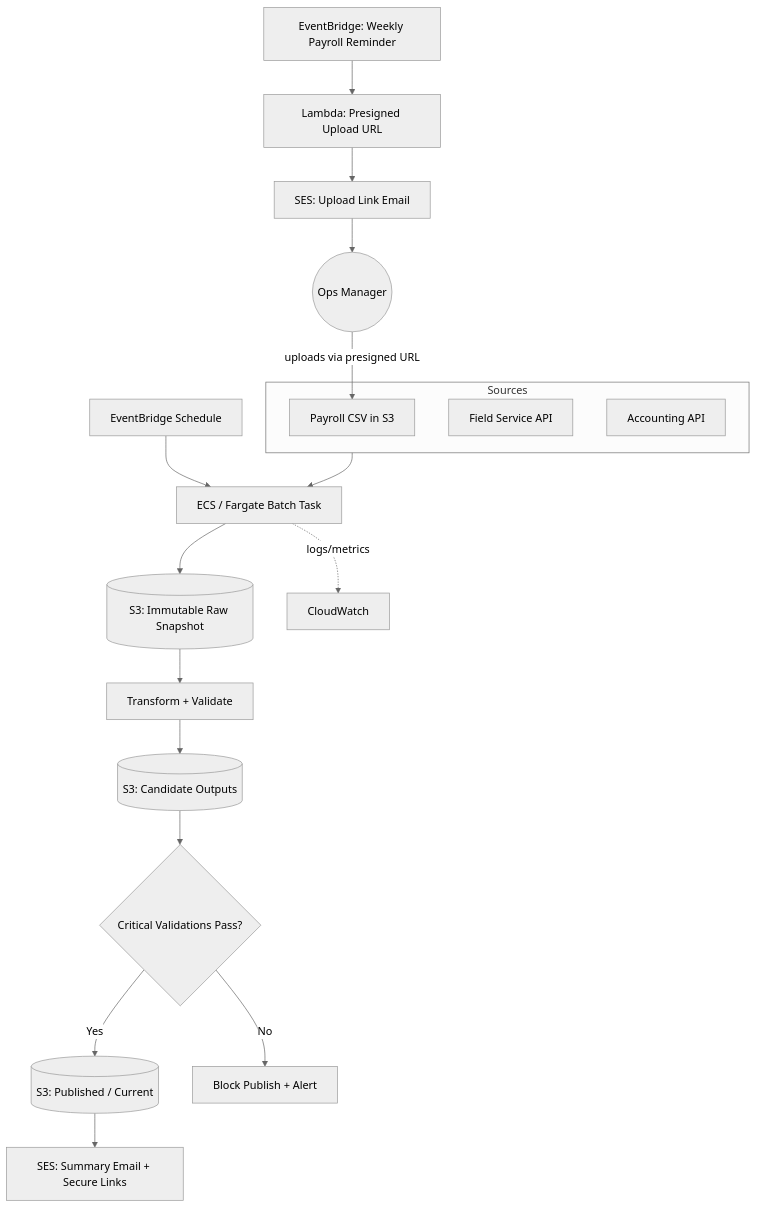
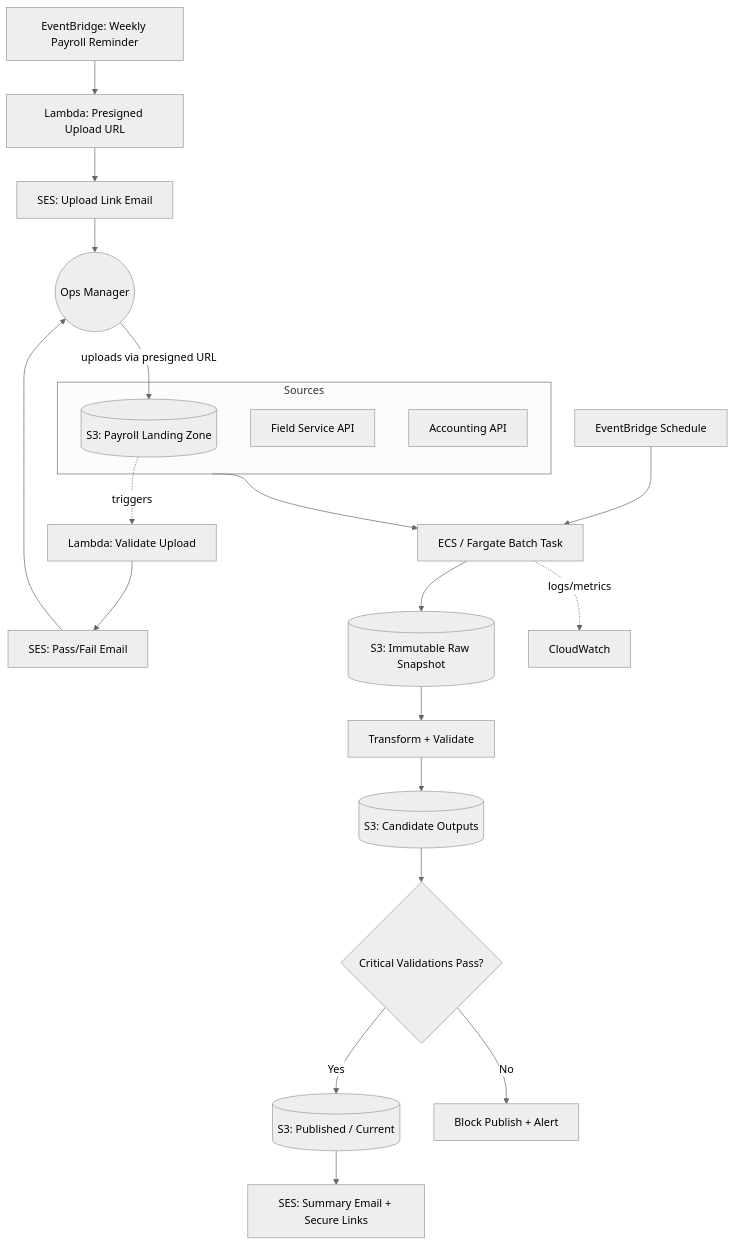
One commit to AidanFarhi/coresight-poc-file-based changed the diagram in README.md. Above: the diagram before and after it, drawn with Mermaid (neutral theme). The commit also changed 1 other file, not shown here.

Commit message:
Refine payroll ingestion: static landing zone + per-upload validation
Payroll presigned URL now targets a static landing-zone prefix rather
than one exact per-week key, so the ops manager's filename is
unconstrained. Multiple uploads (accidental duplicates, corrected
versions) are expected: the ETL's extract step resolves the latest
file by S3 modified time and archives everything present in the
landing zone at run time, rather than a separate reconciliation
process.

Adds a second, independent Lambda that fires on every upload, runs a
quick structural check, and emails the ops manager pass/fail feedback
- advisory only, doesn't gate the pipeline or do any archiving. Also
fixes leftover doc references to the local-mock simulation removed
in the previous commit.

````diff
--- a/README.md
+++ b/README.md
@@ -40,29 +40,33 @@
 ```mermaid
 flowchart TD
     EB[EventBridge Schedule] --> ECS[ECS / Fargate Batch Task]
 
     EB2[EventBridge: Weekly Payroll Reminder] --> LAM[Lambda: Presigned Upload URL]
     LAM --> SESUP[SES: Upload Link Email]
     SESUP --> OPS((Ops Manager))
     OPS -- uploads via presigned URL --> SRC3
 
+    SRC3 -.triggers.-> VALLAM[Lambda: Validate Upload]
+    VALLAM --> SESFB[SES: Pass/Fail Email]
+    SESFB --> OPS
+
     subgraph Sources
         SRC1[Field Service API]
         SRC2[Accounting API]
-        SRC3[Payroll CSV in S3]
+        SRC3[(S3: Payroll Landing Zone)]
     end
 
     Sources --> ECS
 
     ECS --> RAW[(S3: Immutable Raw Snapshot)]
     RAW --> XFORM[Transform + Validate]
     XFORM --> CAND[(S3: Candidate Outputs)]
     CAND --> GATE{Critical Validations Pass?}
 
     GATE -- Yes --> PUB[(S3: Published / Current)]
     GATE -- No --> ALERT[Block Publish + Alert]
 
     PUB --> EMAIL[SES: Summary Email + Secure Links]
 
     ECS -.logs/metrics.-> CW[CloudWatch]
 ```
````
